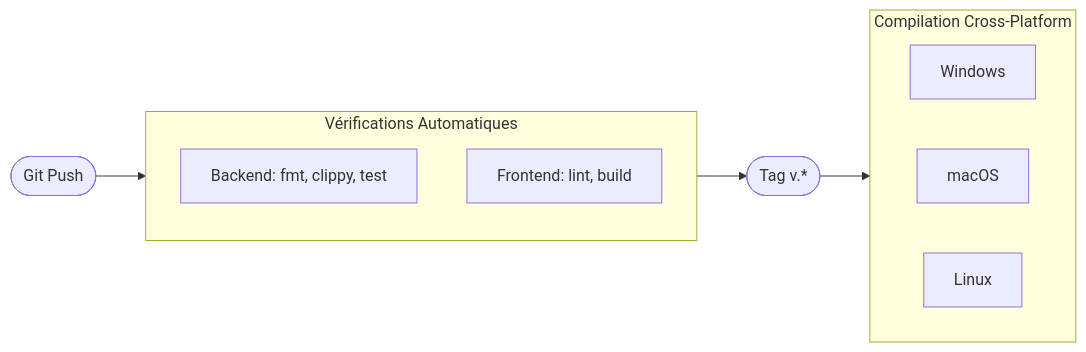
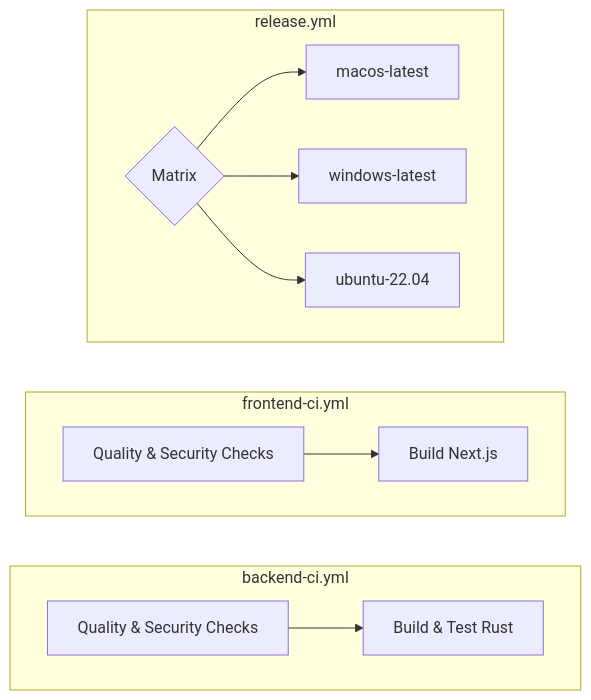
One commit to florian-billon/voisins-connect changed the fourth of 4 diagrams in README.md. Above: the diagram before and after it, drawn with Mermaid. The commit also changed other lines of this file, not shown here.

Commit message:
docs: adapt diagrams to match GitHub Actions UI style

````diff
--- a/README.md
+++ b/README.md
@@ -533,20 +521,19 @@
 ```mermaid
 flowchart LR
-    Git([Git Push]) --> CI{Workflows CI}
-    
-    subgraph CI [Vérifications Automatiques]
-        direction TB
-        B[Backend: fmt, clippy, test]
-        F[Frontend: lint, build]
+    subgraph Backend_CI [backend-ci.yml]
+        direction LR
+        B1[Quality & Security Checks] --> B2[Build & Test Rust]
     end
 
-    CI --> Tag([Tag v.*])
-    Tag --> Release{Workflow Release}
+    subgraph Frontend_CI [frontend-ci.yml]
+        direction LR
+        F1[Quality & Security Checks] --> F2[Build Next.js]
+    end
 
-    subgraph Release [Compilation Cross-Platform]
+    subgraph Release_Matrix [release.yml]
         direction LR
-        Win[Windows]
-        Mac[macOS]
-        Lin[Linux]
+        Matrix{Matrix} --> M_Mac[macos-latest]
+        Matrix --> M_Win[windows-latest]
+        Matrix --> M_Lin[ubuntu-22.04]
     end
 ```
````
